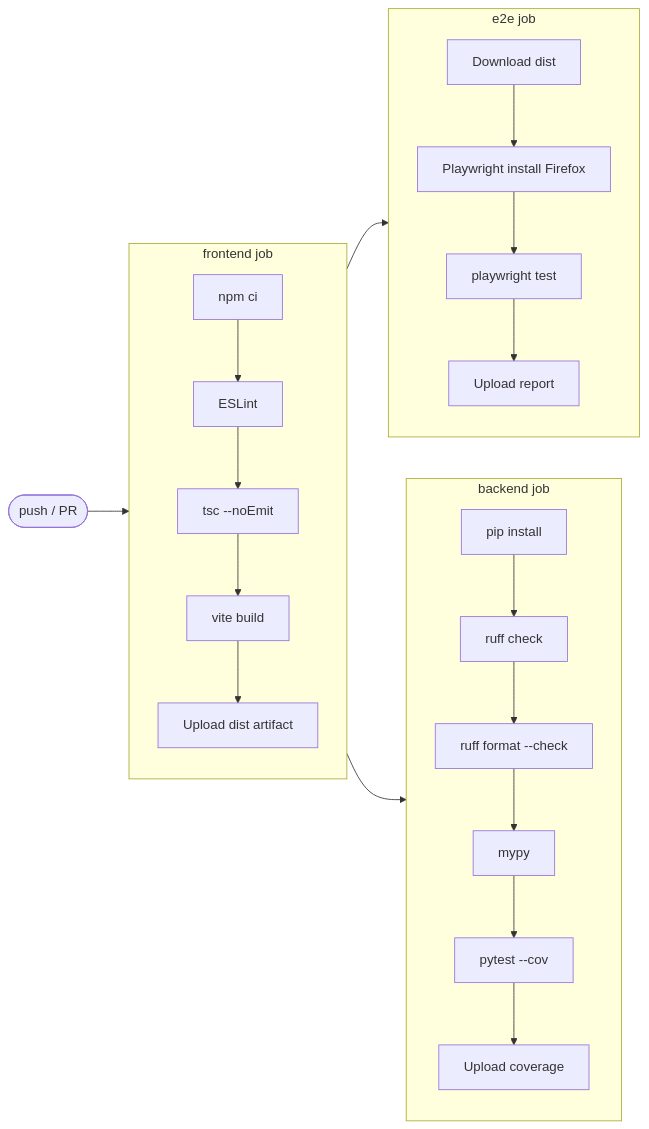
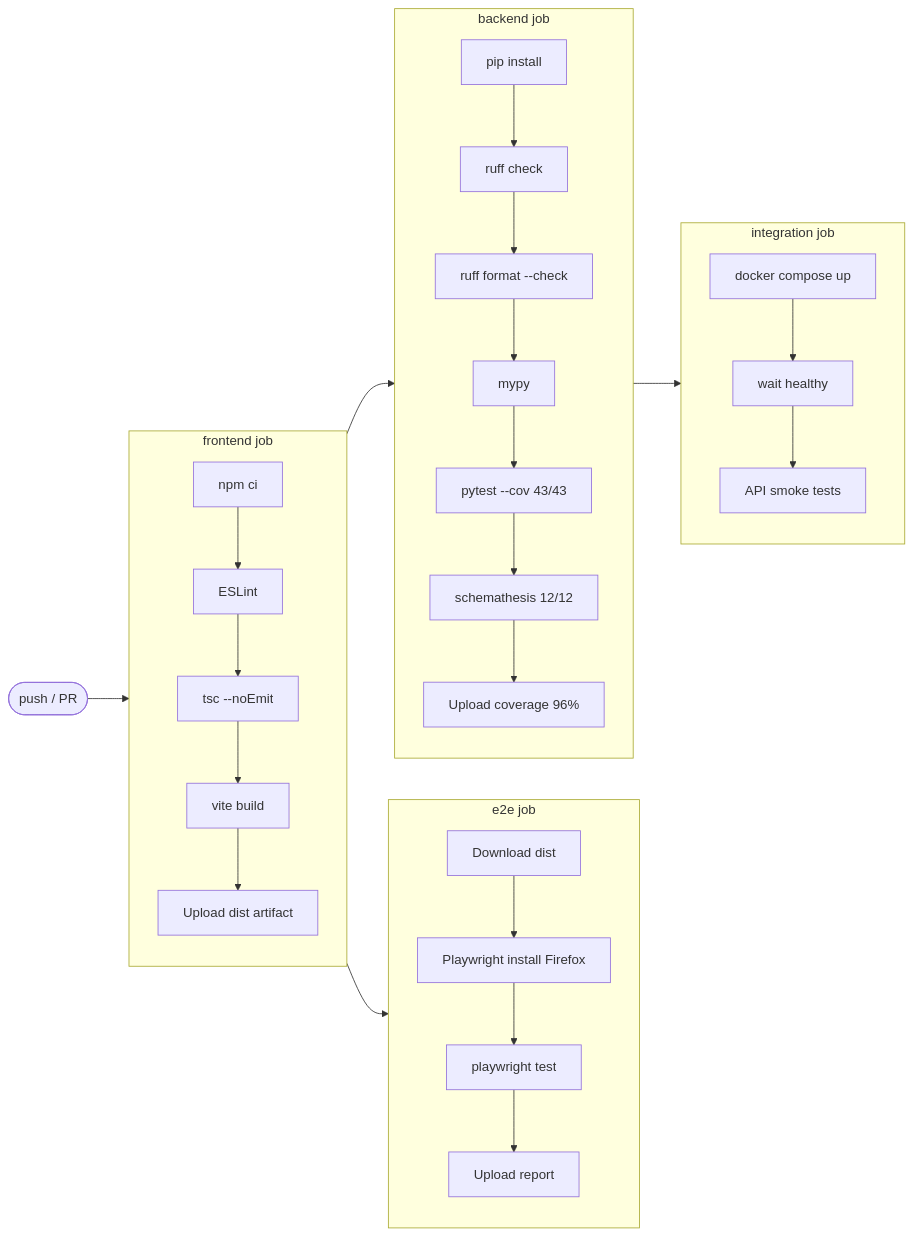
The second of 3 diagrams in README.md (Kensan196948G/ArcSphere3D), drawn with Mermaid before and after one commit. The commit also changed other lines of this file, not shown here.

Commit message:
docs(readme): mark Phase 4 done — OpenAPI tests + Click-to-select + integration CI

````diff
--- a/README.md
+++ b/README.md
@@ -119,28 +121,35 @@
 ```mermaid
 flowchart LR
     A([push / PR]) --> F
 
     subgraph F["frontend job"]
         F1[npm ci] --> F2[ESLint]
         F2 --> F3[tsc --noEmit]
         F3 --> F4[vite build]
         F4 --> F5[Upload dist artifact]
     end
 
     subgraph E["e2e job"]
         E1[Download dist] --> E2[Playwright install Firefox]
         E2 --> E3[playwright test]
         E3 --> E4[Upload report]
     end
 
     subgraph B["backend job"]
         B1[pip install] --> B2[ruff check]
         B2 --> B3[ruff format --check]
         B3 --> B4[mypy]
-        B4 --> B5[pytest --cov]
-        B5 --> B6[Upload coverage]
+        B4 --> B5[pytest --cov 43/43]
+        B5 --> B6[schemathesis 12/12]
+        B6 --> B7[Upload coverage 96%]
+    end
+
+    subgraph I["integration job"]
+        I1[docker compose up] --> I2[wait healthy]
+        I2 --> I3[API smoke tests]
     end
 
     F --> E
     F --> B
+    B --> I
 ```
````
